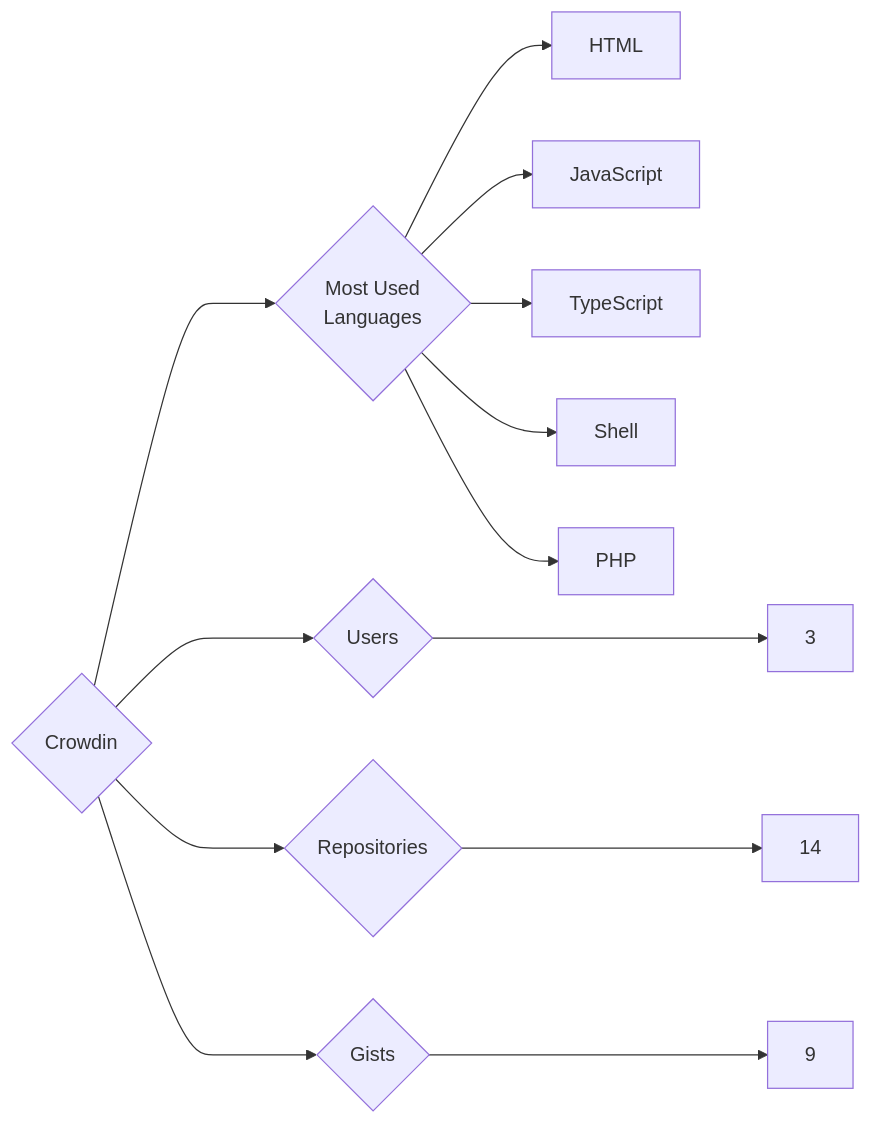
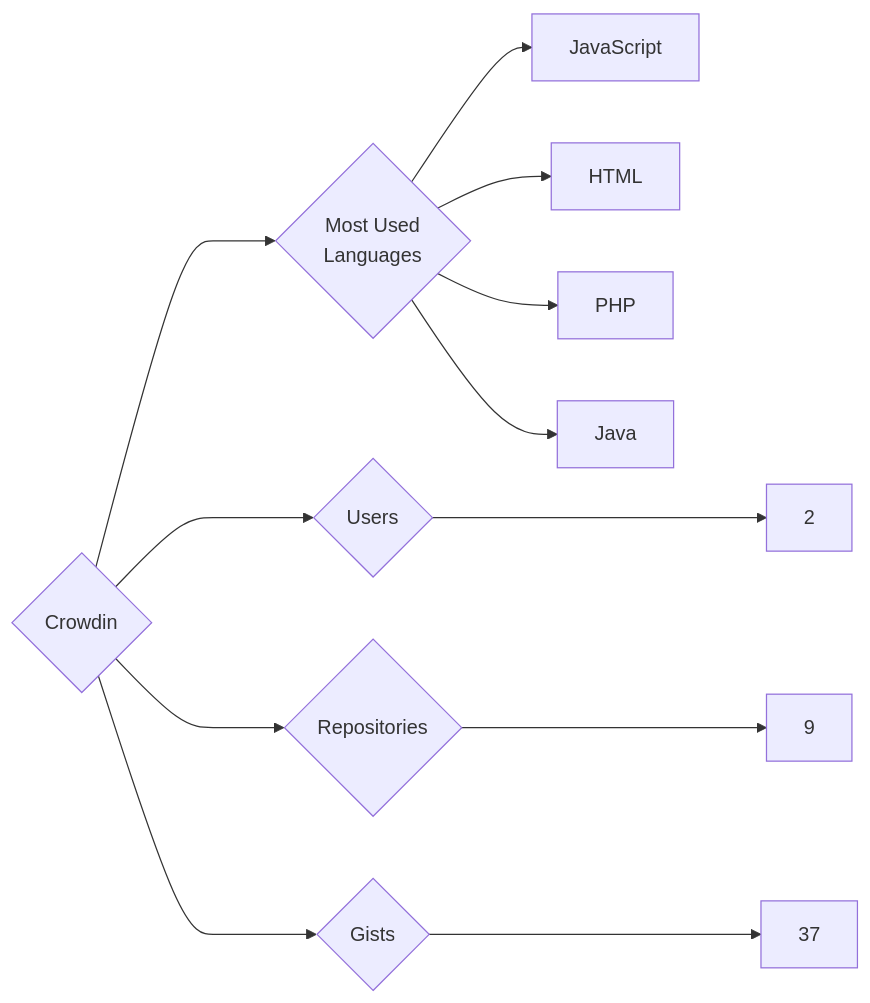
The diagram in targets/Crowdin/README.md (trickest/insiders), drawn with Mermaid before and after one commit. The commit also changed 872 other files, not shown here.

````diff
--- a/targets/Crowdin/README.md
+++ b/targets/Crowdin/README.md
@@ -3,13 +3,12 @@
 ```mermaid
 graph LR
 COMPANY_NAME{Crowdin}
-COMPANY_NAME ---> U{Users} ---> UN[3]
-COMPANY_NAME ---> R{Repositories} ---> RN[14]
-COMPANY_NAME ---> G{Gists} ---> GN[9]
+COMPANY_NAME ---> U{Users} ---> UN[2]
+COMPANY_NAME ---> R{Repositories} ---> RN[9]
+COMPANY_NAME ---> G{Gists} ---> GN[37]
 COMPANY_NAME ---> ML{Most Used<br>Languages}
+ML --> JavaScript[JavaScript]
 ML --> HTML[HTML]
-ML --> JavaScript[JavaScript]
-ML --> TypeScript[TypeScript]
-ML --> Shell[Shell]
 ML --> PHP[PHP]
+ML --> Java[Java]
 ```
````
